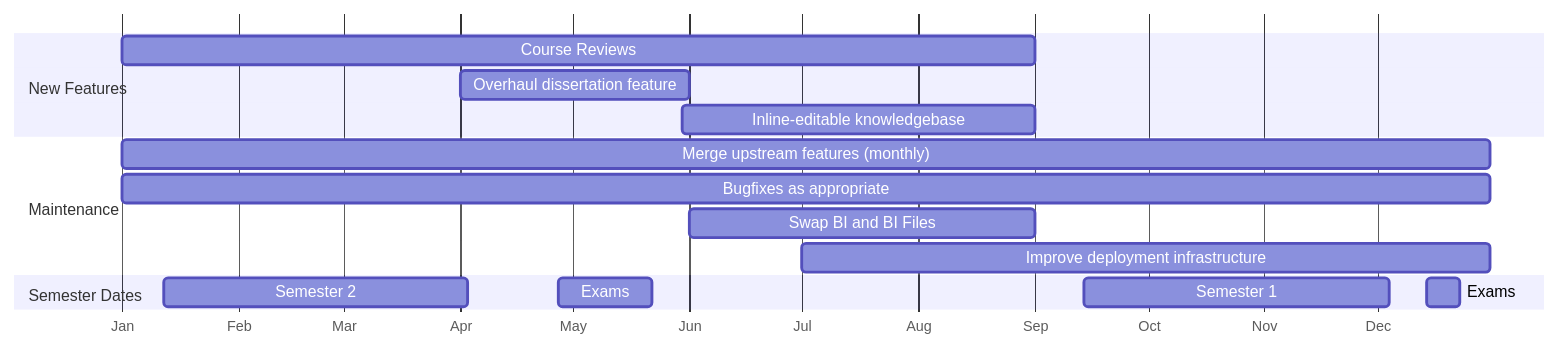
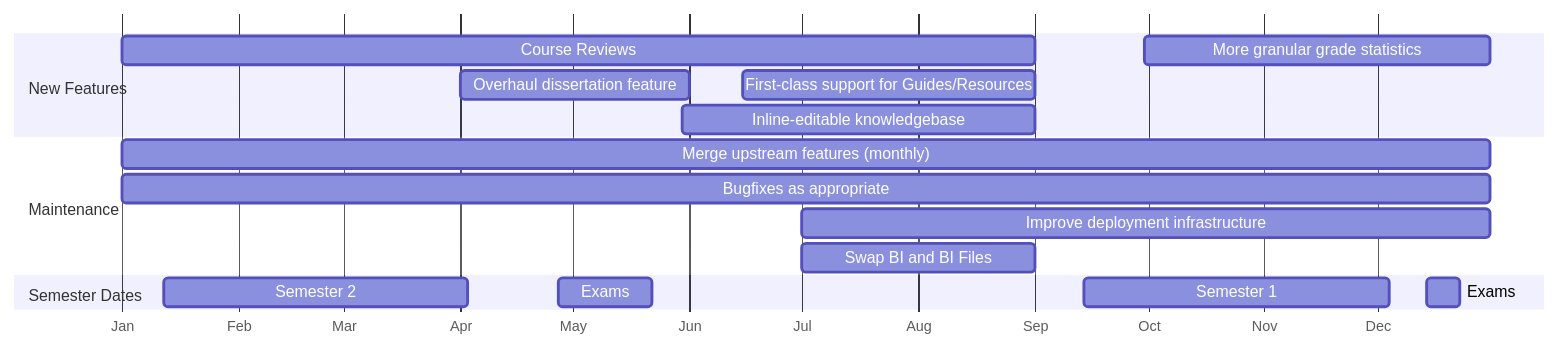
One commit to compsoc-edinburgh/betterinformatics-files changed the diagram in README.md. Above: the diagram before and after it, drawn with Mermaid.

Commit message:
Update 2026 roadmap with new features (#111)

````diff
--- a/README.md
+++ b/README.md
@@ -462,26 +462,28 @@
 ```mermaid
 ---
 displayMode: compact
 config:
   gantt:
     numberSectionStyles: 2
 ---
 gantt
     dateFormat YYYY-MM-DD
     tickInterval 1month
     axisFormat %b
     section New Features
         Course Reviews  :reviews, 2026-01-01, 2026-09-01
         Inline-editable knowledgebase  : 2026-05-30, 2026-09-01
         Overhaul dissertation feature  : 2026-04-01, 2026-06-01
+        First-class support for Guides/Resources  : 2026-06-15, 2026-09-01
+        More granular grade statistics  : 2026-09-30, 2026-12-31
     section Maintenance
         Merge upstream features (monthly) : 2026-01-01, 2026-12-31
         Improve deployment infrastructure     : 2026-07-01, 2026-12-31
         Bugfixes as appropriate  : 2026-01-01, 2026-12-31
-        Swap BI and BI Files  : 2026-06-01, 2026-09-01
+        Swap BI and BI Files  : 2026-07-01, 2026-09-01
     section Semester Dates
         Semester 2 : 2026-01-12, 2026-04-03
         Exams : 2026-04-27, 2026-05-22
         Semester 1 : 2026-09-14, 2026-12-04
         Exams : 2026-12-14, 2026-12-23
 ```
````
